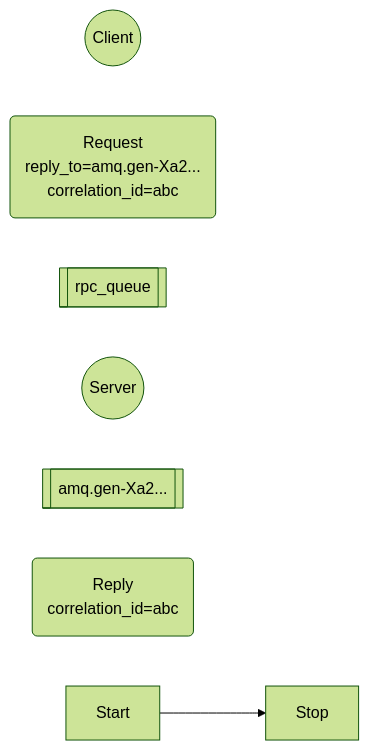
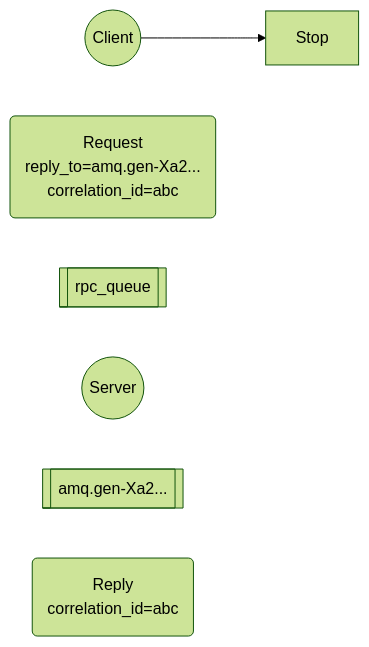
The diagram in all/未命名-7.md (googlelxhgithub/iodraw-files), drawn with Mermaid (forest theme) before and after one commit.

Commit message:
2024-08-30 19:07:17 update

````diff
--- a/all/未命名-7.md
+++ b/all/未命名-7.md
@@ -1,11 +1,11 @@
 ```mermaid
 flowchart LR
     C((Client))
     R(Request\nreply_to=amq.gen-Xa2...\ncorrelation_id=abc)
     Q1[[rpc_queue]]
     S((Server))
     Q2[[amq.gen-Xa2...]]
     R2(Reply\ncorrelation_id=abc)
-    Start --> Stop
+    C --> Stop
   
 ```
````
